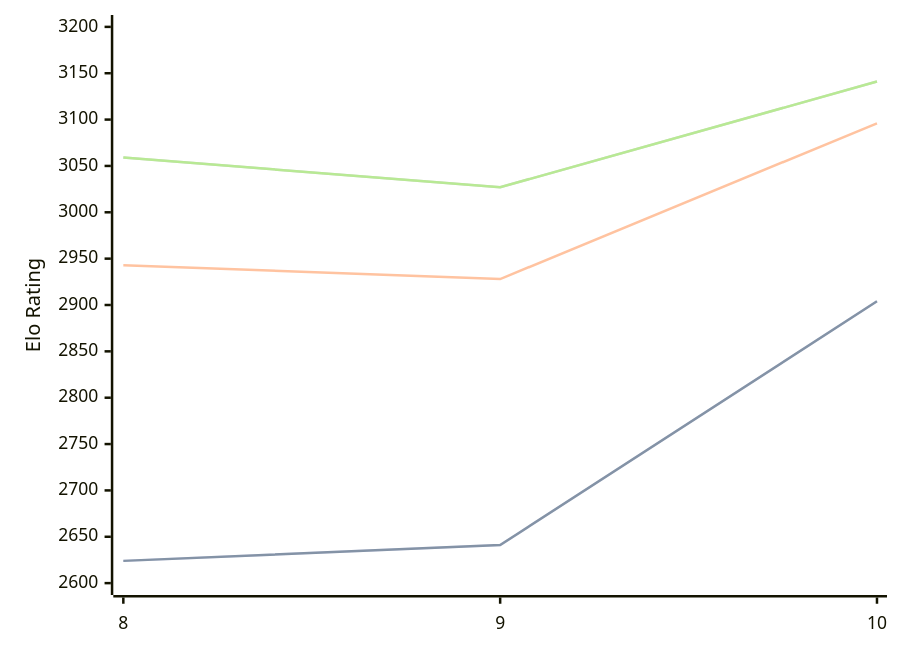
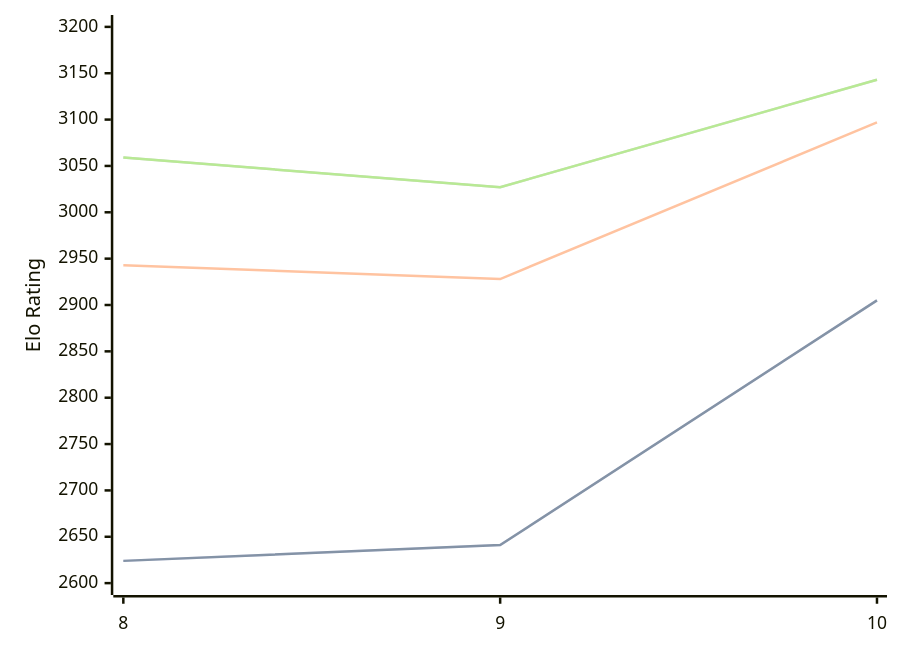
One commit to computer-chess-index/cci changed the diagram in engines/Lozza.md. Above: the diagram before and after it, drawn with Mermaid. The commit also changed other lines of this file, not shown here.

Commit message:
Update CCI Ratings (ELO VLTC) - 2026-03-27

````diff
--- a/engines/Lozza.md
+++ b/engines/Lozza.md
@@ -41,11 +41,11 @@
 ```mermaid
 %%{init: {"theme":"base","themeVariables":{"seriesColors:['#a3a3a3','#222221','#faa371']}}}%%
 xychart-beta
   x-axis ["8", "9", "10"]
   y-axis "Elo Rating" 2600 --> 3200
-  line "STC (8.0+0.08s)" [2624, 2641, 2904]
-  line "STC (8.0+0.08s)" [2624, 2641, 2904]
-  line "LTC (60.0+0.60s)" [2943, 2928, 3096]
-  line "VLTC (2m24s+1.12s)" [3059, 3027, 3141]
-  line "VLTC (2m24s+1.12s)" [3059, 3027, 3141]
+  line "STC (8.0+0.08s)" [2624, 2641, 2905]
+  line "STC (8.0+0.08s)" [2624, 2641, 2905]
+  line "LTC (60.0+0.60s)" [2943, 2928, 3097]
+  line "VLTC (2m24s+1.12s)" [3059, 3027, 3143]
+  line "VLTC (2m24s+1.12s)" [3059, 3027, 3143]
 ```
````
